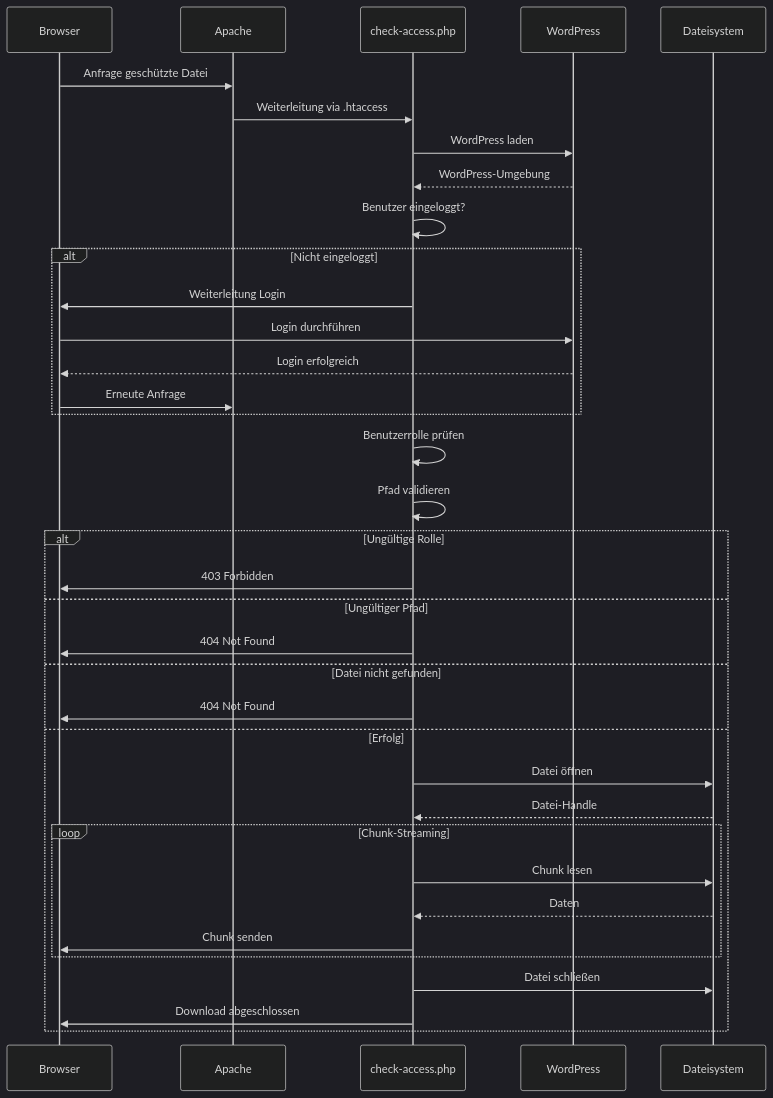
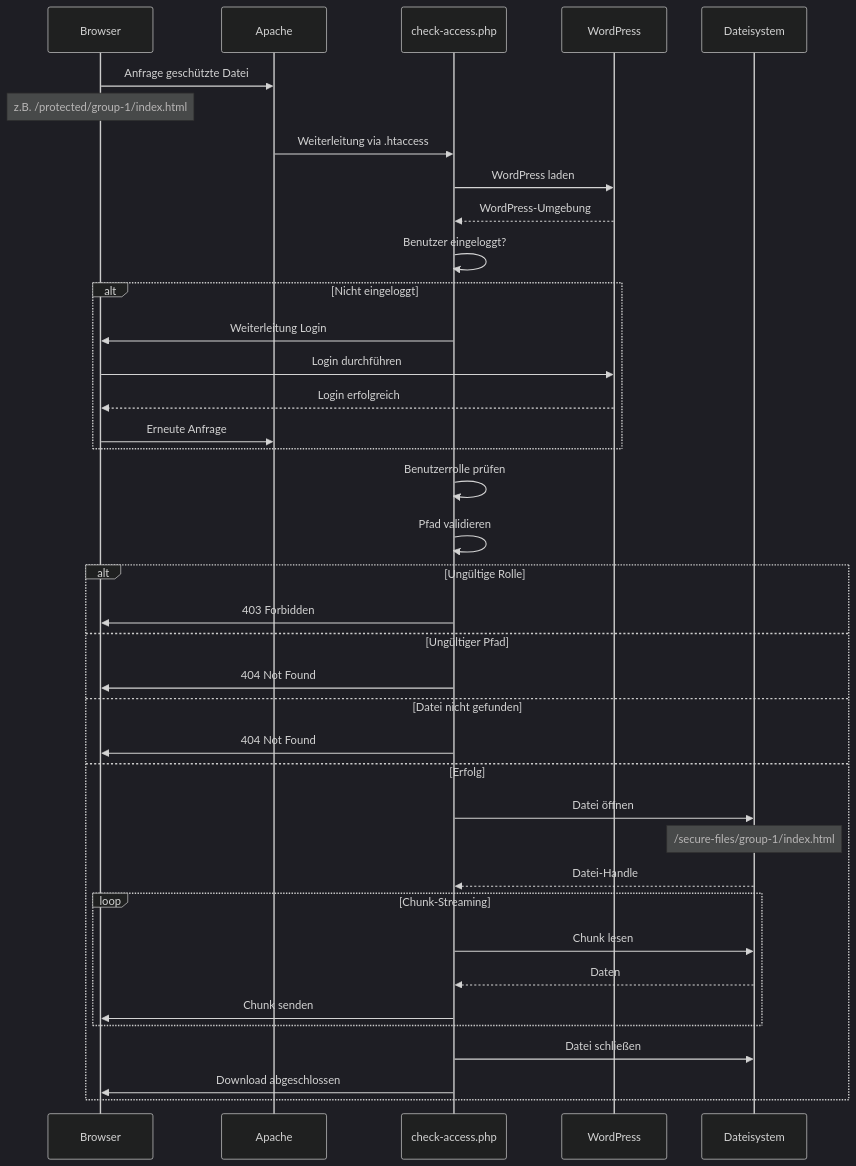
One commit to rfluethi/Easy-File-Lock changed the first of 2 diagrams in docs/technical.md. Above: the diagram before and after it, drawn with Mermaid. The commit also changed other lines of this file and 9 other files, not shown here.

````diff
--- a/docs/technical.md
+++ b/docs/technical.md
@@ -237,46 +321,48 @@
 ```mermaid
 %%{init: {'theme': 'dark', 'themeVariables': { 'primaryColor': '#4a9eff', 'primaryTextColor': '#ffffff', 'primaryBorderColor': '#4a9eff', 'lineColor': '#4a9eff', 'secondaryColor': '#2d2d2d', 'tertiaryColor': '#2d2d2d'}}}%%
 sequenceDiagram
     participant B as Browser
     participant A as Apache
     participant C as check-access.php
     participant W as WordPress
     participant F as Dateisystem
 
     B->>A: Anfrage geschützte Datei
+    Note over B: z.B. /protected/group-1/index.html
     A->>C: Weiterleitung via .htaccess
     
     C->>W: WordPress laden
     W-->>C: WordPress-Umgebung
     
     C->>C: Benutzer eingeloggt?
     alt Nicht eingeloggt
         C->>B: Weiterleitung Login
         B->>W: Login durchführen
         W-->>B: Login erfolgreich
         B->>A: Erneute Anfrage
     end
     
     C->>C: Benutzerrolle prüfen
     C->>C: Pfad validieren
     
     alt Ungültige Rolle
         C->>B: 403 Forbidden
     else Ungültiger Pfad
         C->>B: 404 Not Found
     else Datei nicht gefunden
         C->>B: 404 Not Found
     else Erfolg
         C->>F: Datei öffnen
+        Note over F: /secure-files/group-1/index.html
         F-->>C: Datei-Handle
         
         loop Chunk-Streaming
             C->>F: Chunk lesen
             F-->>C: Daten
             C->>B: Chunk senden
         end
         
         C->>F: Datei schließen
         C->>B: Download abgeschlossen
     end
 ```
````
